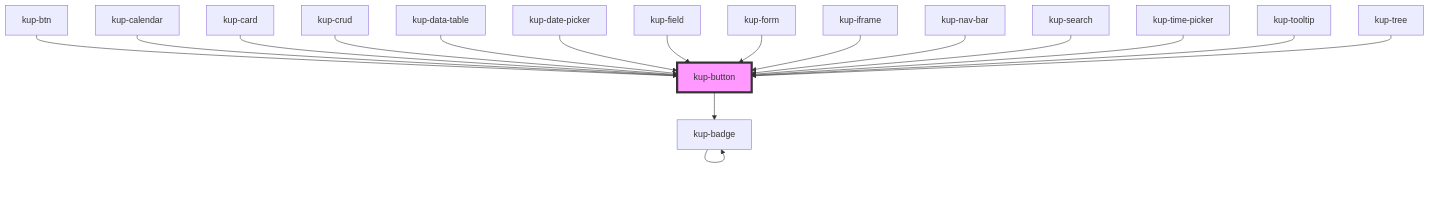
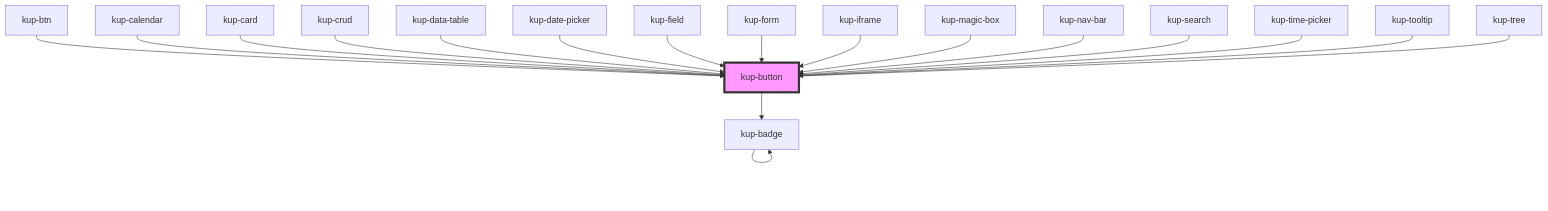
One commit to smeup/ketchup changed the diagram in packages/ketchup/src/components/kup-button/readme.md. Above: the diagram before and after it, drawn with Mermaid. The commit also changed other lines of this file and 7 other files, not shown here.

````diff
--- a/packages/ketchup/src/components/kup-button/readme.md
+++ b/packages/ketchup/src/components/kup-button/readme.md
@@ -78,20 +79,21 @@
 ```mermaid
 graph TD;
   kup-button --> kup-badge
   kup-badge --> kup-badge
   kup-btn --> kup-button
   kup-calendar --> kup-button
   kup-card --> kup-button
   kup-crud --> kup-button
   kup-data-table --> kup-button
   kup-date-picker --> kup-button
   kup-field --> kup-button
   kup-form --> kup-button
   kup-iframe --> kup-button
+  kup-magic-box --> kup-button
   kup-nav-bar --> kup-button
   kup-search --> kup-button
   kup-time-picker --> kup-button
   kup-tooltip --> kup-button
   kup-tree --> kup-button
   style kup-button fill:#f9f,stroke:#333,stroke-width:4px
 ```
````
